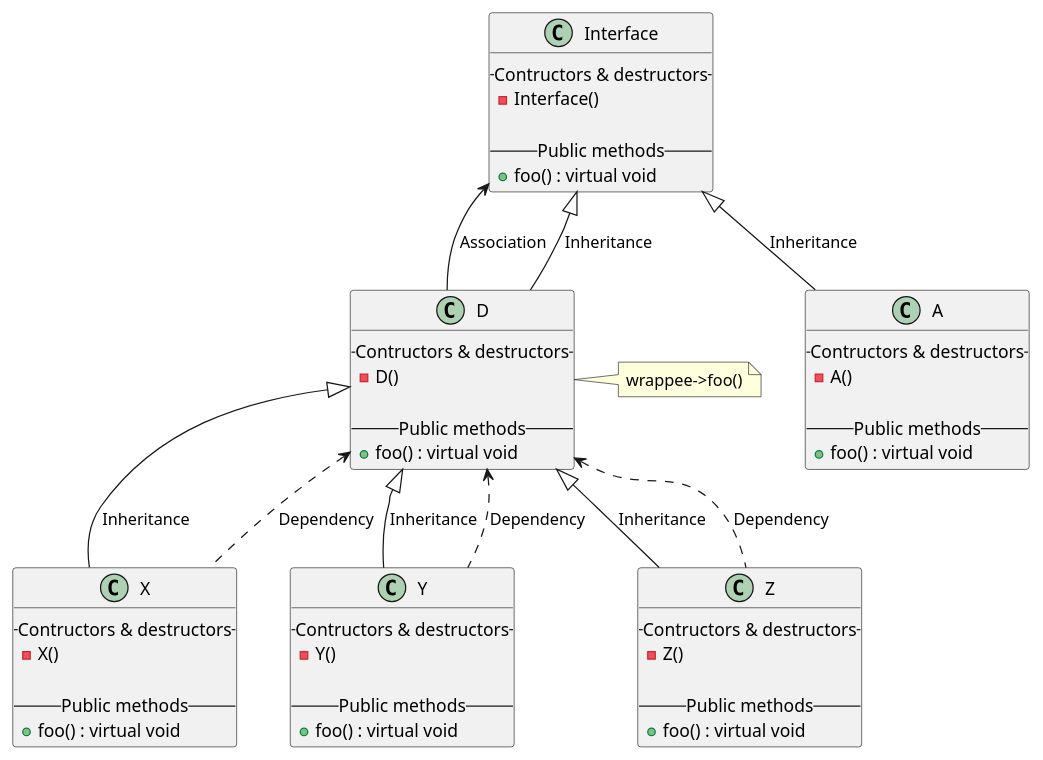
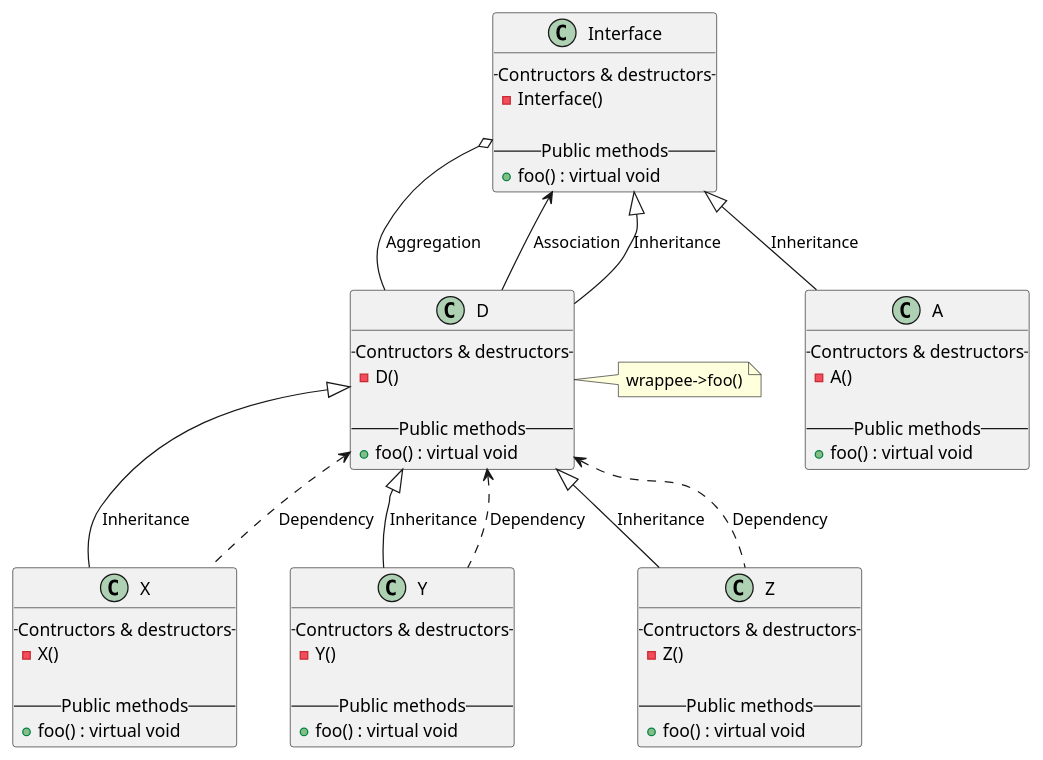
The diagram in Structural/DecoratorPattern/Example1/UML/Instance.puml (PhysicsX/DesignPatterns), drawn with PlantUML before and after one commit.

Commit message:
Add aggregation

```diff
--- a/Structural/DecoratorPattern/Example1/UML/Instance.puml
+++ b/Structural/DecoratorPattern/Example1/UML/Instance.puml
@@ -1,74 +1,74 @@
 @startuml
 
 Interface <|-- A: Inheritance
-/'Interface o-- D'/
+Interface o-- D: Aggregation
 Interface <-- D: Association
 Interface <|-- D: Inheritance
 D <|-- X: Inheritance
 D <|-- Y: Inheritance
 D <|-- Z: Inheritance
 
 D <.. X: Dependency
 D <.. Y: Dependency
 D <.. Z: Dependency
 
 note "wrappee->foo()" as n1
 D -right-> n1
 
 class Interface
 {
     -- Contructors & destructors --
     - Interface()
     
     -- Public methods --
     + foo() : virtual void
 }
 
 class A
 {
     -- Contructors & destructors --
     - A()
     
     -- Public methods --
     + foo() : virtual void
 }
 
 class D
 {
     -- Contructors & destructors --
     - D()
     
     -- Public methods --
     + foo() : virtual void
 }
 
 
 class X
 {
     -- Contructors & destructors --
     - X()
     
     -- Public methods --
     + foo() : virtual void
 }
 
 class Y
 {
     -- Contructors & destructors --
     - Y()
     
     -- Public methods --
     + foo() : virtual void
 }
 
 class Z
 {
     -- Contructors & destructors --
     - Z()
     
     -- Public methods --
     + foo() : virtual void
 }
 
 
 @enduml
```
